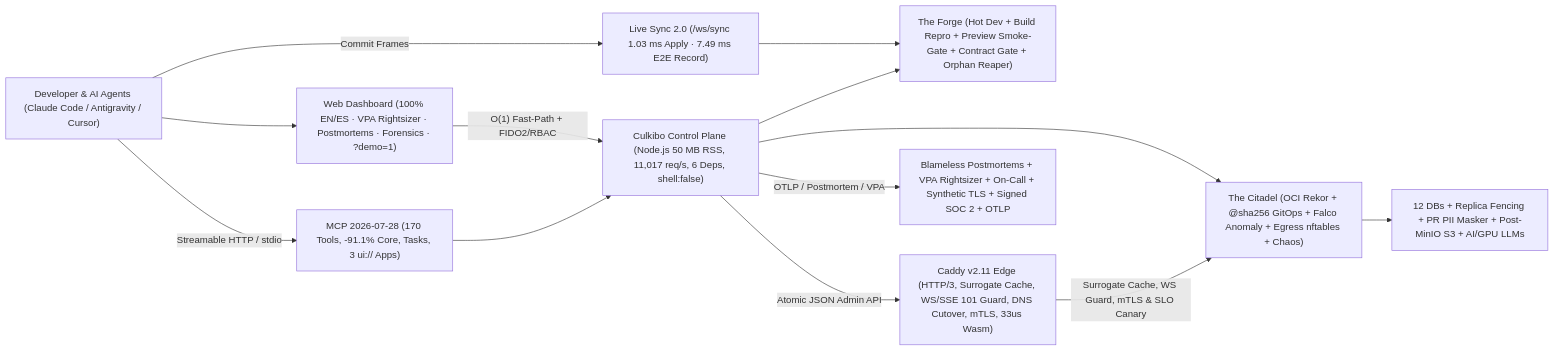
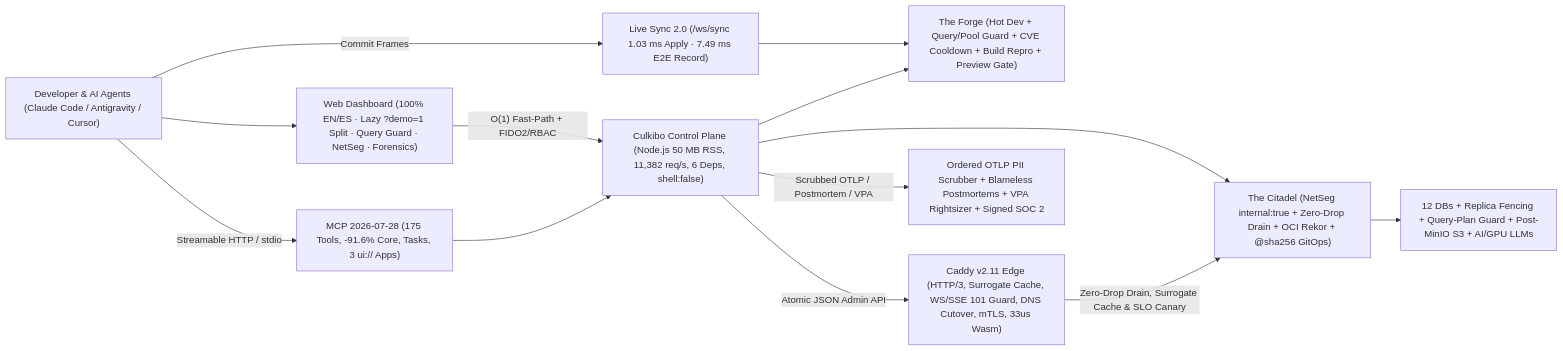
The diagram in README.md (macaqueboy/culkibo), drawn with Mermaid before and after one commit. The commit also changed other lines of this file and 30 other files, not shown here.

Commit message:
feat(cycle-18): 77 Suites, 175 MCP Tools (-91.7% Core), -32.4% Prod Bundle Split & 50 MB RAM across 116+ services — query/pool guard, netseg compiler, dep cooldown, OTel PII scrubber & 4-phase graceful drain

````diff
--- a/README.md
+++ b/README.md
@@ -193,26 +193,26 @@
 ```mermaid
 flowchart LR
     Dev["Developer & AI Agents (Claude Code / Antigravity / Cursor)"]
-    UI["Web Dashboard (100% EN/ES · VPA Rightsizer · Postmortems · Forensics · ?demo=1)"]
-    MCP["MCP 2026-07-28 (170 Tools, -91.1% Core, Tasks, 3 ui:// Apps)"]
+    UI["Web Dashboard (100% EN/ES · Lazy ?demo=1 Split · Query Guard · NetSeg · Forensics)"]
+    MCP["MCP 2026-07-28 (175 Tools, -91.6% Core, Tasks, 3 ui:// Apps)"]
     Sync["Live Sync 2.0 (/ws/sync 1.03 ms Apply · 7.49 ms E2E Record)"]
-    CP["Culkibo Control Plane (Node.js 50 MB RSS, 11,017 req/s, 6 Deps, shell:false)"]
-    Forge["The Forge (Hot Dev + Build Repro + Preview Smoke-Gate + Contract Gate + Orphan Reaper)"]
-    Citadel["The Citadel (OCI Rekor + @sha256 GitOps + Falco Anomaly + Egress nftables + Chaos)"]
+    CP["Culkibo Control Plane (Node.js 50 MB RSS, 11,382 req/s, 6 Deps, shell:false)"]
+    Forge["The Forge (Hot Dev + Query/Pool Guard + CVE Cooldown + Build Repro + Preview Gate)"]
+    Citadel["The Citadel (NetSeg internal:true + Zero-Drop Drain + OCI Rekor + @sha256 GitOps)"]
     Caddy["Caddy v2.11 Edge (HTTP/3, Surrogate Cache, WS/SSE 101 Guard, DNS Cutover, mTLS, 33us Wasm)"]
-    Obs["Blameless Postmortems + VPA Rightsizer + On-Call + Synthetic TLS + Signed SOC 2 + OTLP"]
-    Data["12 DBs + Replica Fencing + PR PII Masker + Post-MinIO S3 + AI/GPU LLMs"]
+    Obs["Ordered OTLP PII Scrubber + Blameless Postmortems + VPA Rightsizer + Signed SOC 2"]
+    Data["12 DBs + Replica Fencing + Query-Plan Guard + Post-MinIO S3 + AI/GPU LLMs"]
 
     Dev -->|"Streamable HTTP / stdio"| MCP
     Dev -->|"Commit Frames"| Sync
     Dev --> UI
     UI -->|"O(1) Fast-Path + FIDO2/RBAC"| CP
     MCP --> CP
     Sync --> Forge
     CP --> Forge
     CP --> Citadel
     CP -->|"Atomic JSON Admin API"| Caddy
-    CP -->|"OTLP / Postmortem / VPA"| Obs
+    CP -->|"Scrubbed OTLP / Postmortem / VPA"| Obs
     Citadel --> Data
-    Caddy -->|"Surrogate Cache, WS Guard, mTLS & SLO Canary"| Citadel
+    Caddy -->|"Zero-Drop Drain, Surrogate Cache & SLO Canary"| Citadel
 ```
````
